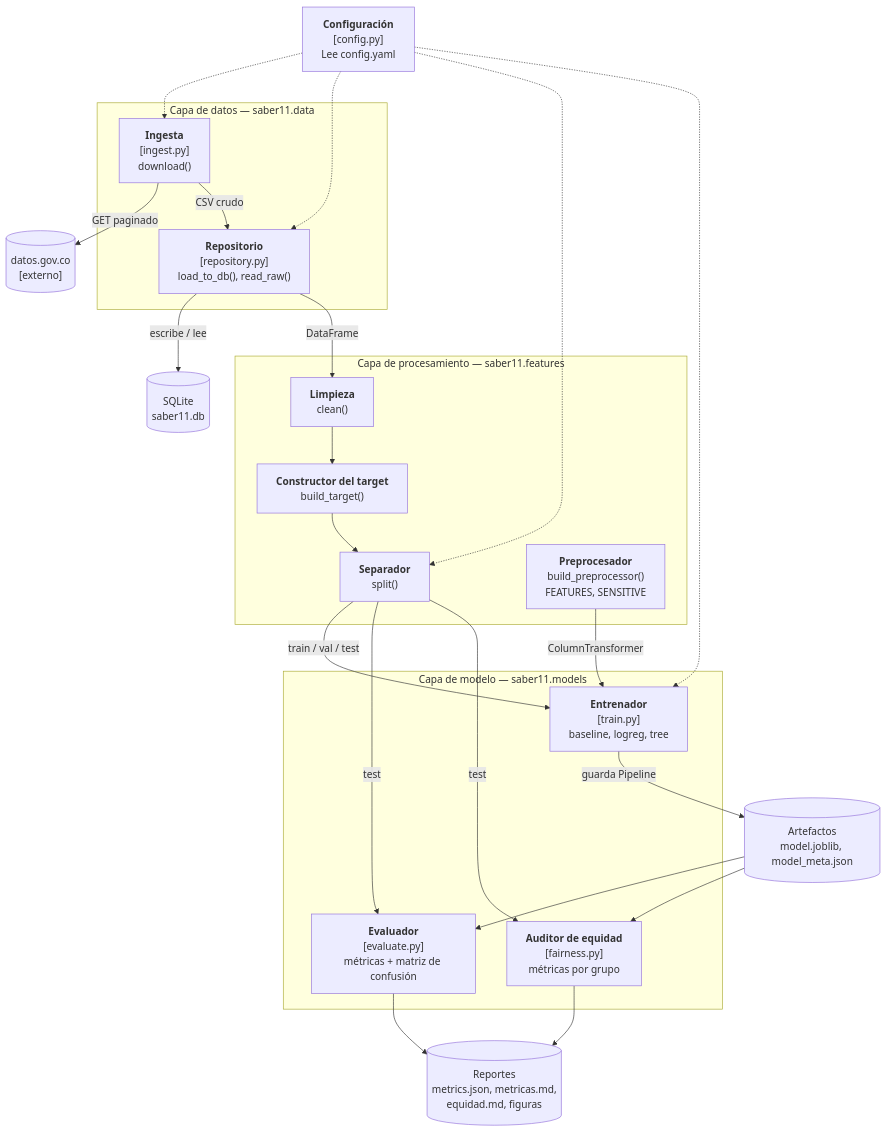
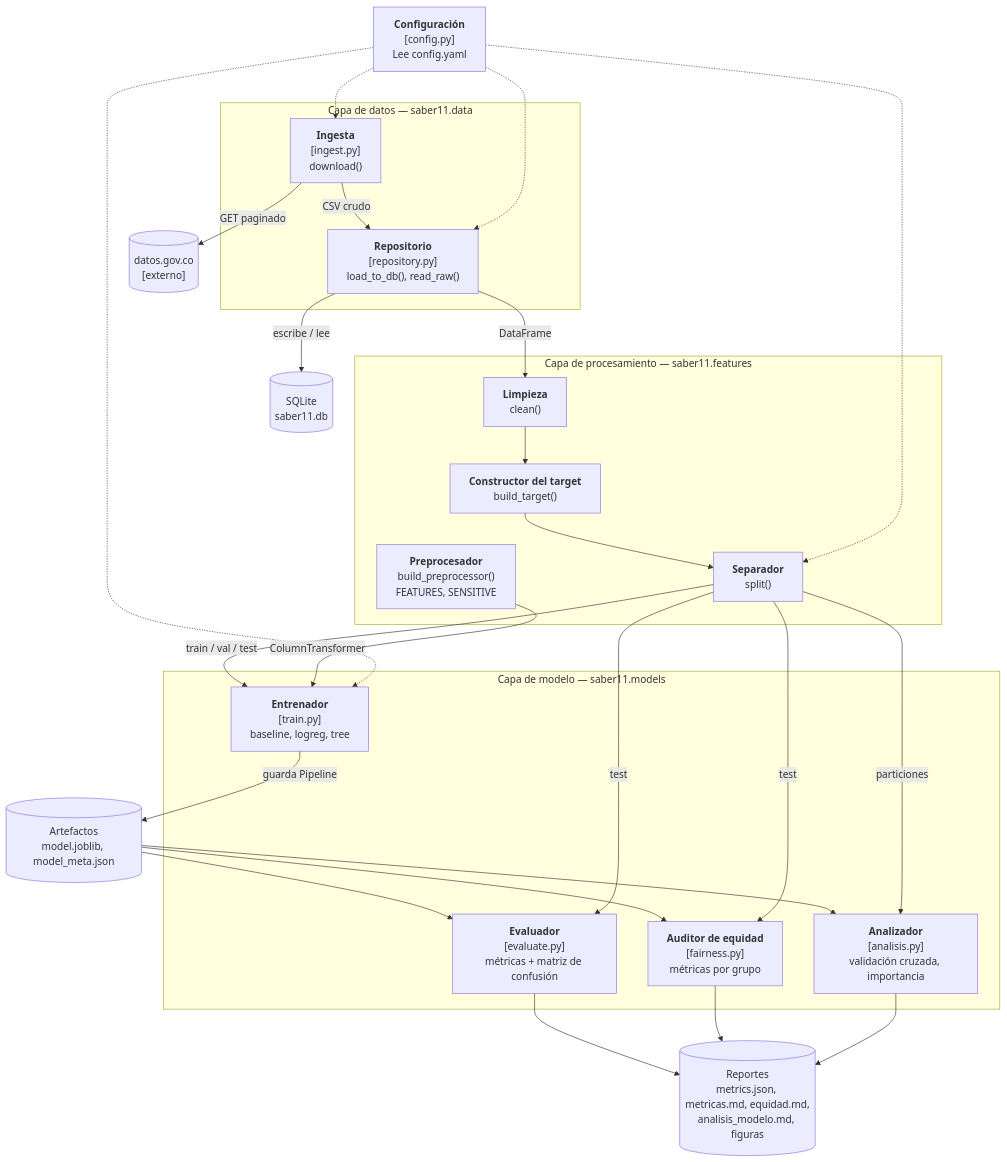
One commit to contracamilo/proyectoFinal_saber11 changed the first of 2 diagrams in docs/arquitectura/c4-componentes.md. Above: the diagram before and after it, drawn with Mermaid. The commit also changed other lines of this file and 6 other files, not shown here.

Commit message:
docs: calibración, validación cruzada e importancia de variables

````diff
--- a/docs/arquitectura/c4-componentes.md
+++ b/docs/arquitectura/c4-componentes.md
@@ -7,45 +7,49 @@
 ```mermaid
 flowchart TB
     cfg["<b>Configuración</b><br/>[config.py]<br/>Lee config.yaml"]
     datosgov[("datos.gov.co<br/>[externo]")]
     db[("SQLite<br/>saber11.db")]
     art[("Artefactos<br/>model.joblib, model_meta.json")]
-    rep[("Reportes<br/>metrics.json, metricas.md,<br/>equidad.md, figuras")]
+    rep[("Reportes<br/>metrics.json, metricas.md, equidad.md,<br/>analisis_modelo.md, figuras")]
 
     subgraph datos["Capa de datos — saber11.data"]
         ing["<b>Ingesta</b><br/>[ingest.py]<br/>download()"]
         repo["<b>Repositorio</b><br/>[repository.py]<br/>load_to_db(), read_raw()"]
     end
 
     subgraph proc["Capa de procesamiento — saber11.features"]
         clean["<b>Limpieza</b><br/>clean()"]
         target["<b>Constructor del target</b><br/>build_target()"]
         split["<b>Separador</b><br/>split()"]
         prep["<b>Preprocesador</b><br/>build_preprocessor()<br/>FEATURES, SENSITIVE"]
     end
 
     subgraph modelo["Capa de modelo — saber11.models"]
         train["<b>Entrenador</b><br/>[train.py]<br/>baseline, logreg, tree"]
         evalc["<b>Evaluador</b><br/>[evaluate.py]<br/>métricas + matriz de confusión"]
         fair["<b>Auditor de equidad</b><br/>[fairness.py]<br/>métricas por grupo"]
+        anal["<b>Analizador</b><br/>[analisis.py]<br/>validación cruzada, importancia"]
     end
 
     ing -- "GET paginado" --> datosgov
     ing -- "CSV crudo" --> repo
     repo -- "escribe / lee" --> db
     repo -- "DataFrame" --> clean
     clean --> target --> split
     split -- "train / val / test" --> train
     prep -- "ColumnTransformer" --> train
     train -- "guarda Pipeline" --> art
     art --> evalc
     art --> fair
+    art --> anal
     split -- "test" --> evalc
     split -- "test" --> fair
+    split -- "particiones" --> anal
     evalc --> rep
     fair --> rep
+    anal --> rep
     cfg -.-> ing
     cfg -.-> repo
     cfg -.-> split
     cfg -.-> train
 ```
````
